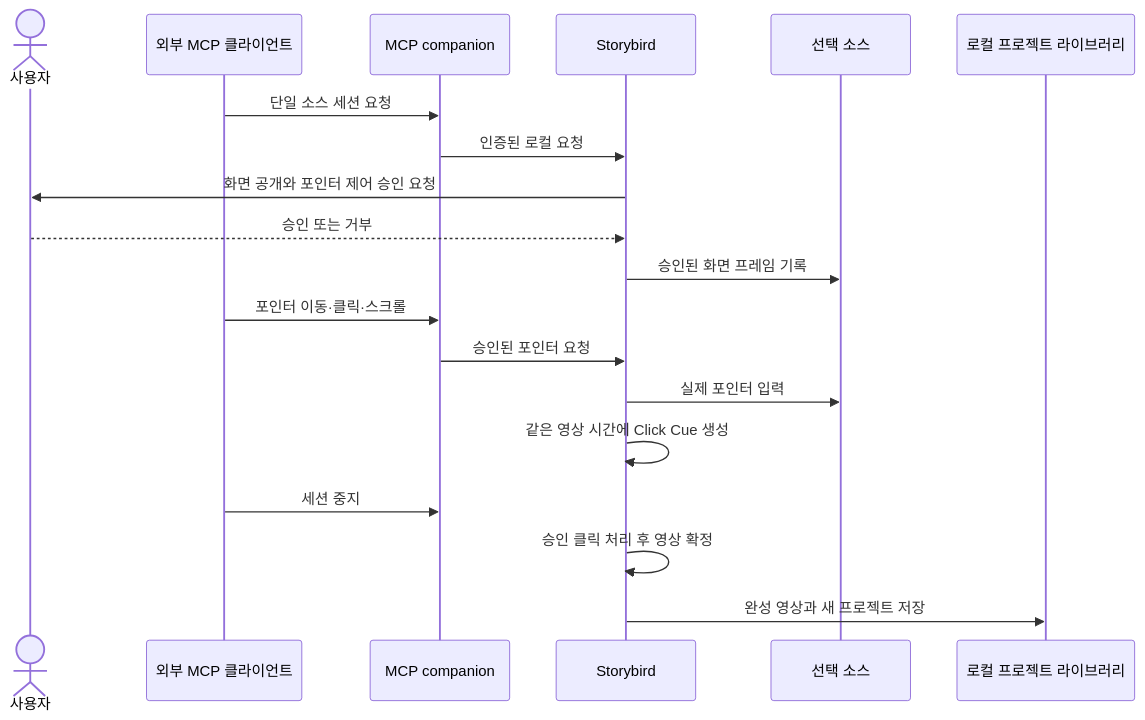
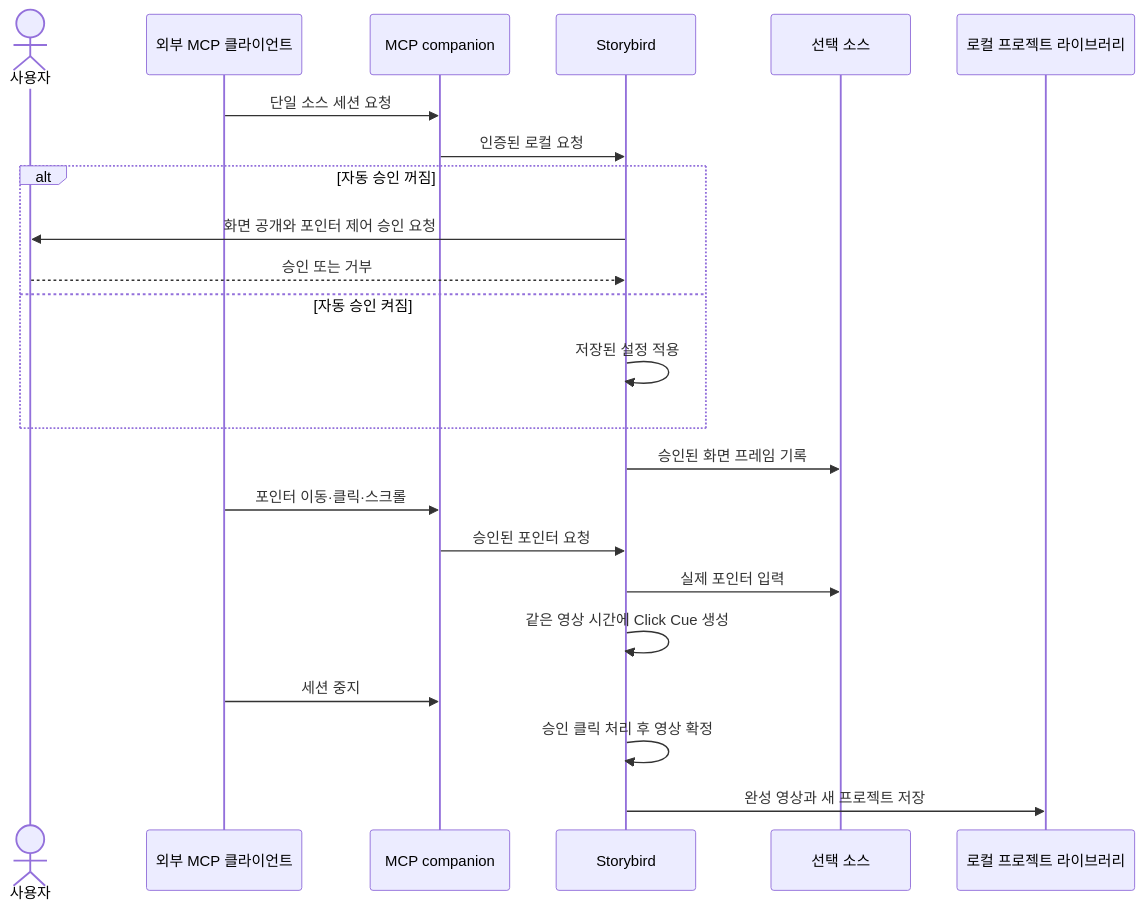
Before and after one commit to haandol/storybird: the diagram in docs/adr/recording/0002-continuous-video-recording.md, drawn with Mermaid. The commit also changed other lines of this file and 21 other files, not shown here.

````diff
--- a/docs/adr/recording/0002-continuous-video-recording.md
+++ b/docs/adr/recording/0002-continuous-video-recording.md
@@ -125,22 +125,26 @@
 ```mermaid
 sequenceDiagram
     actor User as 사용자
     participant Client as 외부 MCP 클라이언트
     participant Companion as MCP companion
     participant App as Storybird
     participant Target as 선택 소스
     participant Library as 로컬 프로젝트 라이브러리
 
     Client->>Companion: 단일 소스 세션 요청
     Companion->>App: 인증된 로컬 요청
-    App->>User: 화면 공개와 포인터 제어 승인 요청
-    User-->>App: 승인 또는 거부
+    alt 자동 승인 꺼짐
+        App->>User: 화면 공개와 포인터 제어 승인 요청
+        User-->>App: 승인 또는 거부
+    else 자동 승인 켜짐
+        App->>App: 저장된 설정 적용
+    end
     App->>Target: 승인된 화면 프레임 기록
     Client->>Companion: 포인터 이동·클릭·스크롤
     Companion->>App: 승인된 포인터 요청
     App->>Target: 실제 포인터 입력
     App->>App: 같은 영상 시간에 Click Cue 생성
     Client->>Companion: 세션 중지
     App->>App: 승인 클릭 처리 후 영상 확정
     App->>Library: 완성 영상과 새 프로젝트 저장
 ```
````
